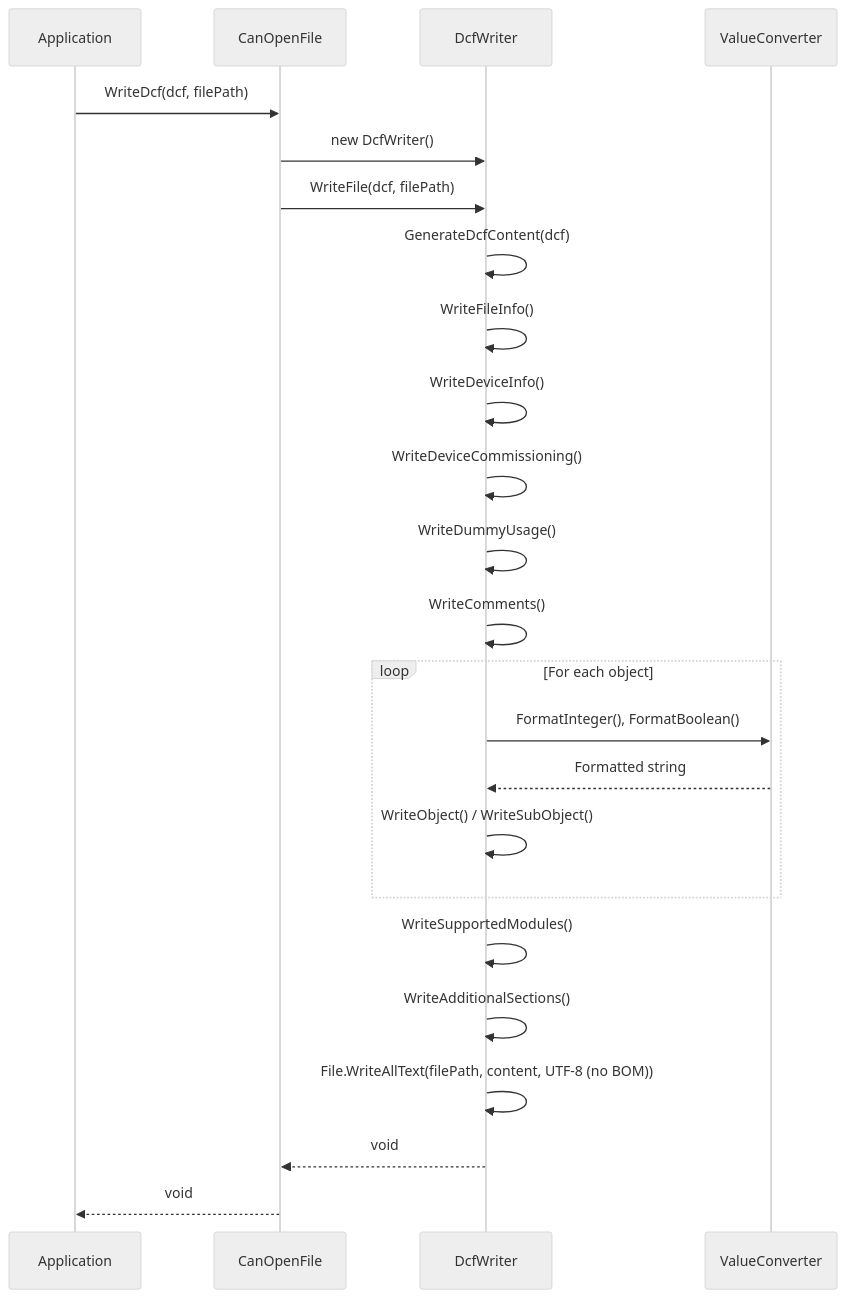
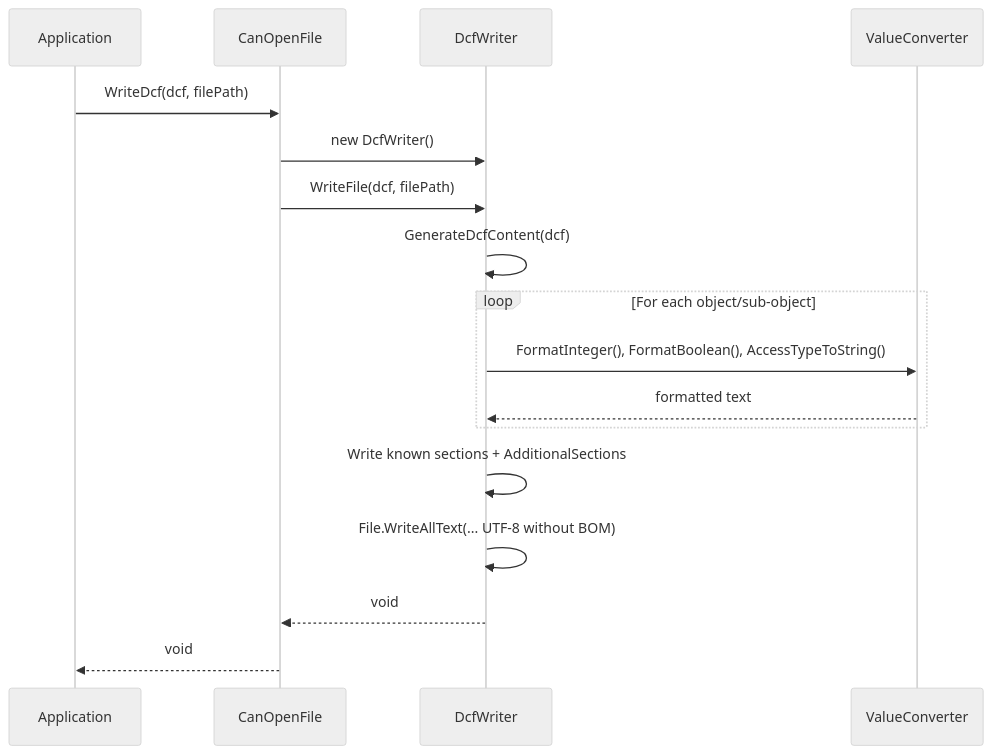
The third of 7 diagrams in docs/architecture/06-runtime-view.md (dborgards/eds-dcf-net), drawn with Mermaid (neutral theme) before and after one commit. The commit also changed other lines of this file and 14 other files, not shown here.

Commit message:
docs: align readme and architecture with current format support (#65)

````diff
--- a/docs/architecture/06-runtime-view.md
+++ b/docs/architecture/06-runtime-view.md
@@ -59,31 +49,22 @@
 ```mermaid
 sequenceDiagram
     participant App as Application
     participant CF as CanOpenFile
     participant DW as DcfWriter
     participant VC as ValueConverter
 
     App->>CF: WriteDcf(dcf, filePath)
     CF->>DW: new DcfWriter()
     CF->>DW: WriteFile(dcf, filePath)
     DW->>DW: GenerateDcfContent(dcf)
 
-    DW->>DW: WriteFileInfo()
-    DW->>DW: WriteDeviceInfo()
-    DW->>DW: WriteDeviceCommissioning()
-    DW->>DW: WriteDummyUsage()
-    DW->>DW: WriteComments()
-
-    loop For each object
-        DW->>VC: FormatInteger(), FormatBoolean()
-        VC-->>DW: Formatted string
-        DW->>DW: WriteObject() / WriteSubObject()
+    loop For each object/sub-object
+        DW->>VC: FormatInteger(), FormatBoolean(), AccessTypeToString()
+        VC-->>DW: formatted text
     end
 
-    DW->>DW: WriteSupportedModules()
-    DW->>DW: WriteAdditionalSections()
-    DW->>DW: File.WriteAllText(filePath, content, UTF-8 (no BOM))
-
+    DW->>DW: Write known sections + AdditionalSections
+    DW->>DW: File.WriteAllText(... UTF-8 without BOM)
     DW-->>CF: void
     CF-->>App: void
 ```
````
